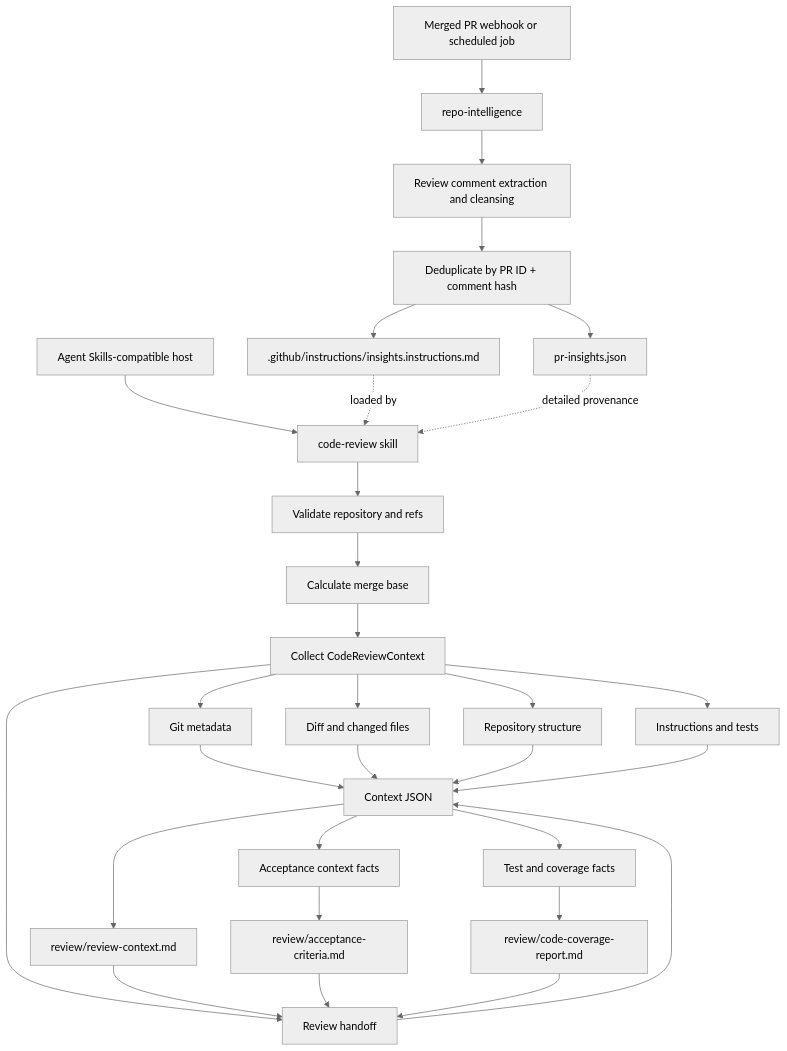
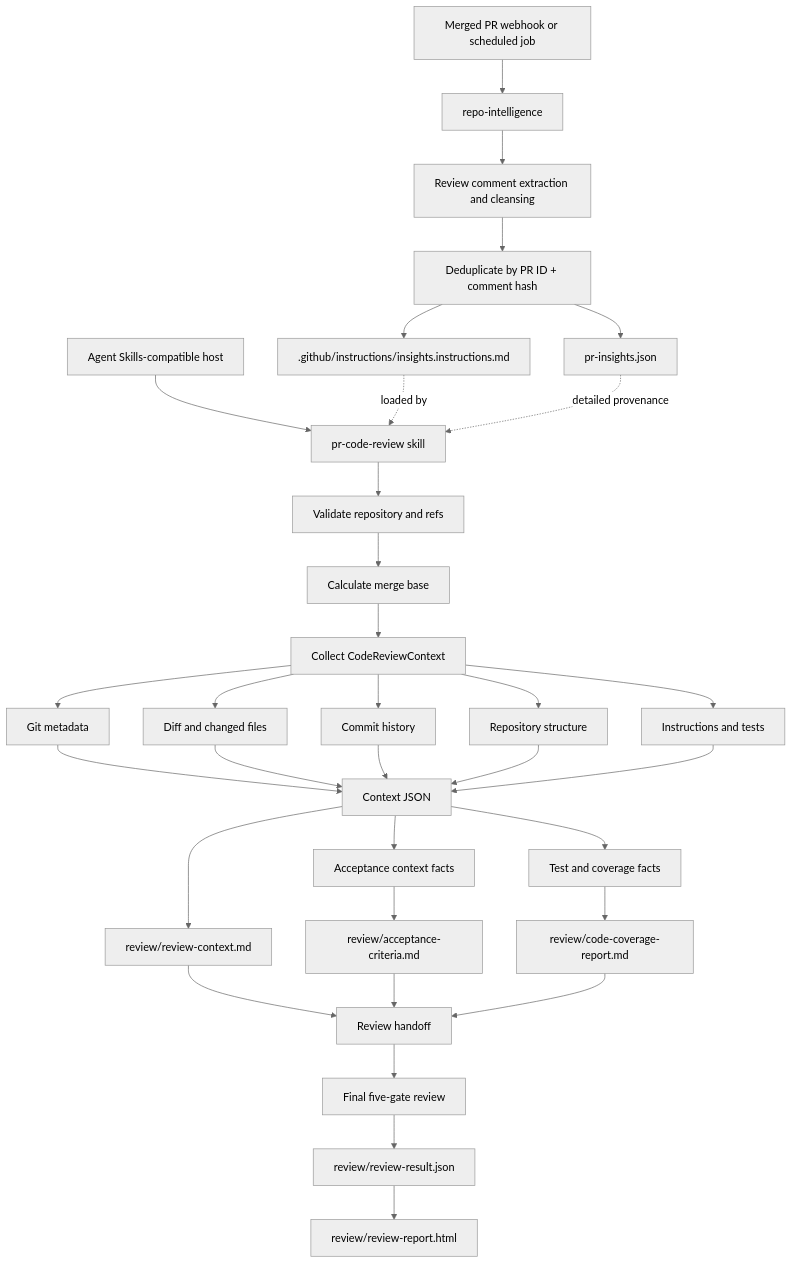
The diagram in pr-quality-assistant/FLOW.md (ArjunVijayan/code-review-agent-experiment), drawn with Mermaid (neutral theme) before and after one commit. The commit also changed 6 other files, not shown here.

Commit message:
Add deterministic final review evaluation

````diff
--- a/pr-quality-assistant/FLOW.md
+++ b/pr-quality-assistant/FLOW.md
@@ -3,34 +3,37 @@
 ```mermaid
 flowchart TD
-    H[Agent Skills-compatible host] --> CR[code-review skill]
+    H[Agent Skills-compatible host] --> CR[pr-code-review skill]
     CR --> V[Validate repository and refs]
     V --> MB[Calculate merge base]
     MB --> C[Collect CodeReviewContext]
     C --> GM[Git metadata]
     C --> DF[Diff and changed files]
-    C --> RH[Commit history]
+    C --> CH[Commit history]
     C --> RS[Repository structure]
     C --> IT[Instructions and tests]
     GM --> CT[Context JSON]
     DF --> CT
-    RH --> CT
+    CH --> CT
     RS --> CT
     IT --> CT
     CT --> MD[review/review-context.md]
     CT --> AC[Acceptance context facts]
     AC --> ACM[review/acceptance-criteria.md]
     CT --> TC[Test and coverage facts]
     TC --> TCM[review/code-coverage-report.md]
     MD --> RH[Review handoff]
     ACM --> RH
     TCM --> RH
+    RH --> FR[Final five-gate review]
+    FR --> RR[review/review-result.json]
+    RR --> HTML[review/review-report.html]
 
     W[Merged PR webhook or scheduled job] --> RI[repo-intelligence]
     RI --> IG[Review comment extraction and cleansing]
     IG --> D[Deduplicate by PR ID + comment hash]
     D --> J[pr-insights.json]
     D --> I[.github/instructions/insights.instructions.md]
     I -. loaded by .-> CR
     J -. detailed provenance .-> CR
 
 ```
````
